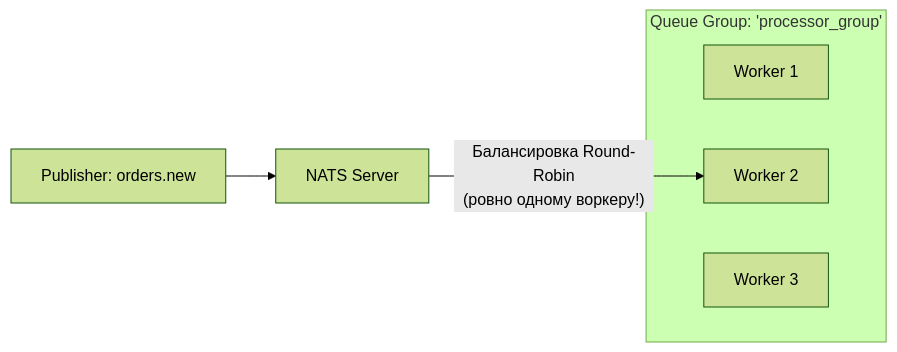
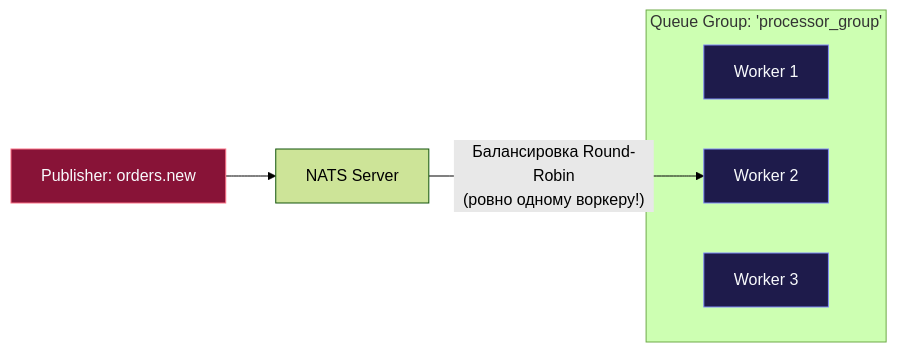
The third of 3 diagrams in sources/13. Очереди, брокеры сообщений и оркестраторы/04. NATS/3. Subject based routing.md (UnrealTemplier/go-textbook), drawn with Mermaid (forest theme) before and after one commit. The commit also changed other lines of this file and 1666 other files, not shown here.

First line of the commit message:
feat(mermaid): add semantic color classDef to 1369 colorless flowchart/graph diagrams

````diff
--- a/sources/13. Очереди, брокеры сообщений и оркестраторы/04. NATS/3. Subject based routing.md
+++ b/sources/13. Очереди, брокеры сообщений и оркестраторы/04. NATS/3. Subject based routing.md
@@ -262,12 +282,22 @@
 ```mermaid
 flowchart LR
-    P["Publisher: orders.new"] --> S["NATS Server"]
+    classDef process  fill:#1e293b,stroke:#38bdf8,stroke-width:1px,color:#f8fafc
+    classDef success  fill:#064e3b,stroke:#34d399,stroke-width:1px,color:#f8fafc
+    classDef error    fill:#7f1d1d,stroke:#f87171,stroke-width:1px,color:#f8fafc
+    classDef warning  fill:#78350f,stroke:#fbbf24,stroke-width:1px,color:#f8fafc
+    classDef entry    fill:#1e3a5f,stroke:#38bdf8,stroke-width:2px,color:#f8fafc
+    classDef aux      fill:#334155,stroke:#64748b,stroke-width:1px,color:#f8fafc
+    classDef system   fill:#312e81,stroke:#a78bfa,stroke-width:1px,color:#f8fafc
+    classDef data     fill:#132d29,stroke:#2dd4bf,stroke-width:1px,color:#f8fafc
+    classDef network  fill:#881337,stroke:#fb7185,stroke-width:1px,color:#f8fafc
+    classDef accent   fill:#1e1b4b,stroke:#818cf8,stroke-width:1px,color:#f8fafc
+    P["Publisher: orders.new"]:::network --> S["NATS Server"]
     
     subgraph QueueGroup["Queue Group: 'processor_group'"]
-        W1["Worker 1"]
-        W2["Worker 2"]
-        W3["Worker 3"]
+        W1["Worker 1"]:::accent
+        W2["Worker 2"]:::accent
+        W3["Worker 3"]:::accent
     end
 
     S -->|"Балансировка Round-Robin<br>(ровно одному воркеру!)"| W2
 ```
````
